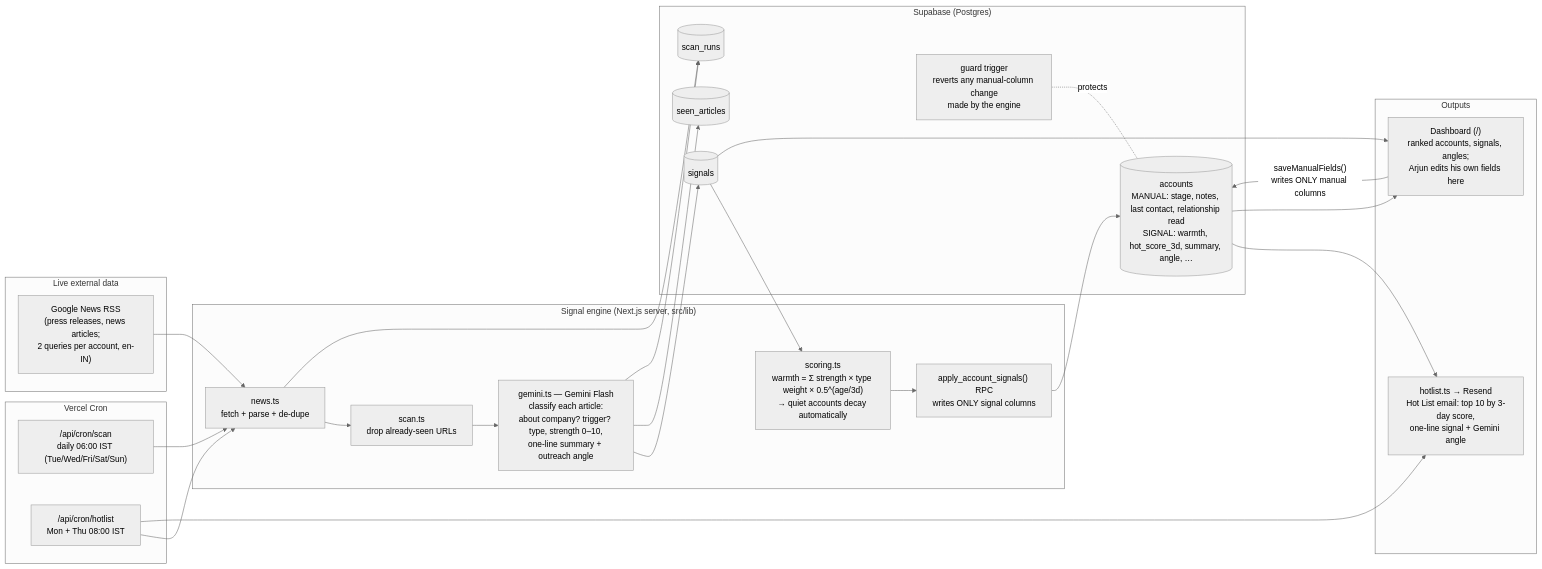
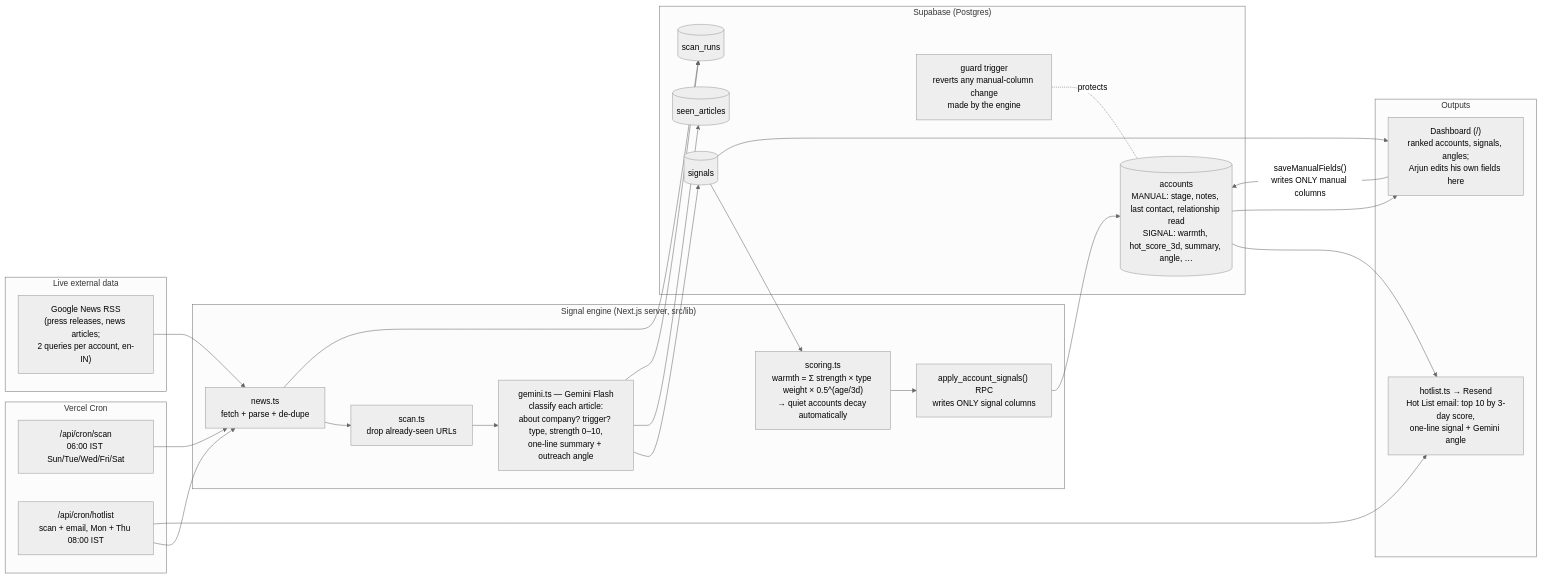
The diagram in COMPONENTS.md (shivamsriv01-cell/b2b-signal-monitor), drawn with Mermaid (neutral theme) before and after one commit. The commit also changed 2 other files, not shown here.

Commit message:
Components Map: match code exactly (cron days, draftAngle, full Flash fallback, signals feeds outputs, manual Send Hot List path)

````diff
--- a/COMPONENTS.md
+++ b/COMPONENTS.md
@@ -7,45 +7,45 @@
 ```mermaid
 flowchart LR
   subgraph Schedule["Vercel Cron"]
-    C1["/api/cron/scan<br/>daily 06:00 IST (Tue/Wed/Fri/Sat/Sun)"]
-    C2["/api/cron/hotlist<br/>Mon + Thu 08:00 IST"]
+    C1["/api/cron/scan<br/>06:00 IST Sun/Tue/Wed/Fri/Sat"]
+    C2["/api/cron/hotlist<br/>scan + email, Mon + Thu 08:00 IST"]
   end
 
   subgraph Sources["Live external data"]
     GN["Google News RSS<br/>(press releases, news articles;<br/>2 queries per account, en-IN)"]
   end
 
   subgraph Engine["Signal engine (Next.js server, src/lib)"]
     N["news.ts<br/>fetch + parse + de-dupe"]
     F["scan.ts<br/>drop already-seen URLs"]
     G["gemini.ts — Gemini Flash<br/>classify each article:<br/>about company? trigger? type, strength 0–10,<br/>one-line summary + outreach angle"]
     S["scoring.ts<br/>warmth = Σ strength × type weight × 0.5^(age/3d)<br/>→ quiet accounts decay automatically"]
     W["apply_account_signals() RPC<br/>writes ONLY signal columns"]
   end
 
   subgraph DB["Supabase (Postgres)"]
     A[("accounts<br/>MANUAL: stage, notes, last contact, relationship read<br/>SIGNAL: warmth, hot_score_3d, summary, angle, …")]
     T["guard trigger<br/>reverts any manual-column change<br/>made by the engine"]
     SG[("signals")]
     SA[("seen_articles")]
     R[("scan_runs")]
   end
 
   subgraph Out["Outputs"]
     E["hotlist.ts → Resend<br/>Hot List email: top 10 by 3-day score,<br/>one-line signal + Gemini angle"]
     D["Dashboard (/)<br/>ranked accounts, signals, angles;<br/>Arjun edits his own fields here"]
   end
 
   C1 --> N
   C2 --> N
   GN --> N --> F --> G --> SG
   G --> SA
   SG --> S --> W --> A
   T -. protects .- A
   C2 --> E
   A --> E
   A --> D
   SG --> D
   D -- "saveManualFields()<br/>writes ONLY manual columns" --> A
   N & G --> R
 ```
````
